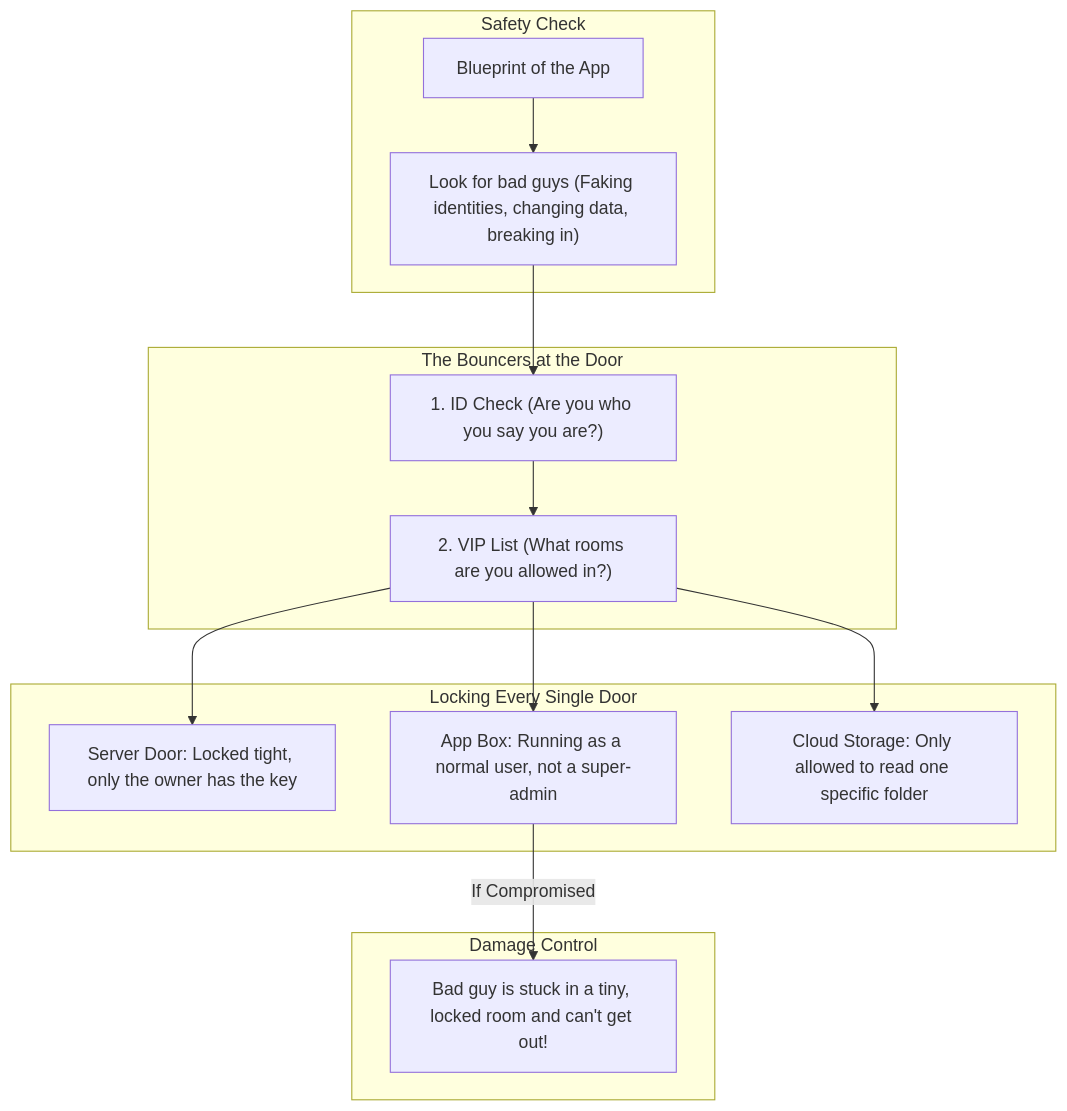
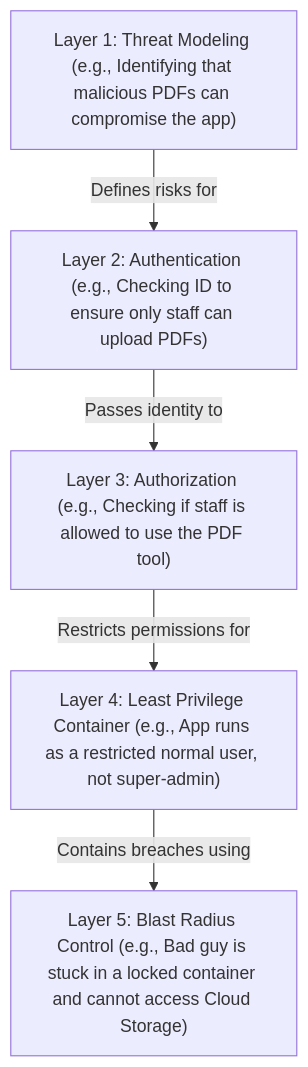
The diagram in website/pages/modules/module-07/lesson-01.md (aloysiuspattath/platform-engineering-ai-course), drawn with Mermaid before and after one commit. The commit also changed other lines of this file and 56 other files, not shown here.

Commit message:
refactor: simplify architecture diagrams into single-line layered models

````diff
--- a/website/pages/modules/module-07/lesson-01.md
+++ b/website/pages/modules/module-07/lesson-01.md
@@ -118,21 +118,7 @@
 ```mermaid
 flowchart TD
-    subgraph ThreatModeling [Safety Check]
-        ARCH["Blueprint of the App"] --> STRIDE["Look for bad guys (Faking identities, changing data, breaking in)"]
-    end
-
-    subgraph SecurityGates [The Bouncers at the Door]
-        STRIDE --> AUTHN["1. ID Check (Are you who you say you are?)"]
-        AUTHN --> AUTHZ["2. VIP List (What rooms are you allowed in?)"]
-    end
-
-    subgraph PoLPLayers [Locking Every Single Door]
-        AUTHZ --> LINUX["Server Door: Locked tight, only the owner has the key"]
-        AUTHZ --> DOCKER["App Box: Running as a normal user, not a super-admin"]
-        AUTHZ --> CLOUD["Cloud Storage: Only allowed to read one specific folder"]
-    end
-
-    subgraph BlastRadius [Damage Control]
-        DOCKER -->|If Compromised| CONTAIN["Bad guy is stuck in a tiny, locked room and can't get out!"]
-    end
+    L1["Layer 1: Threat Modeling (e.g., Identifying that malicious PDFs can compromise the app)"] -->|Defines risks for| L2["Layer 2: Authentication (e.g., Checking ID to ensure only staff can upload PDFs)"]
+    L2 -->|Passes identity to| L3["Layer 3: Authorization (e.g., Checking if staff is allowed to use the PDF tool)"]
+    L3 -->|Restricts permissions for| L4["Layer 4: Least Privilege Container (e.g., App runs as a restricted normal user, not super-admin)"]
+    L4 -->|Contains breaches using| L5["Layer 5: Blast Radius Control (e.g., Bad guy is stuck in a locked container and cannot access Cloud Storage)"]
 ```
````
